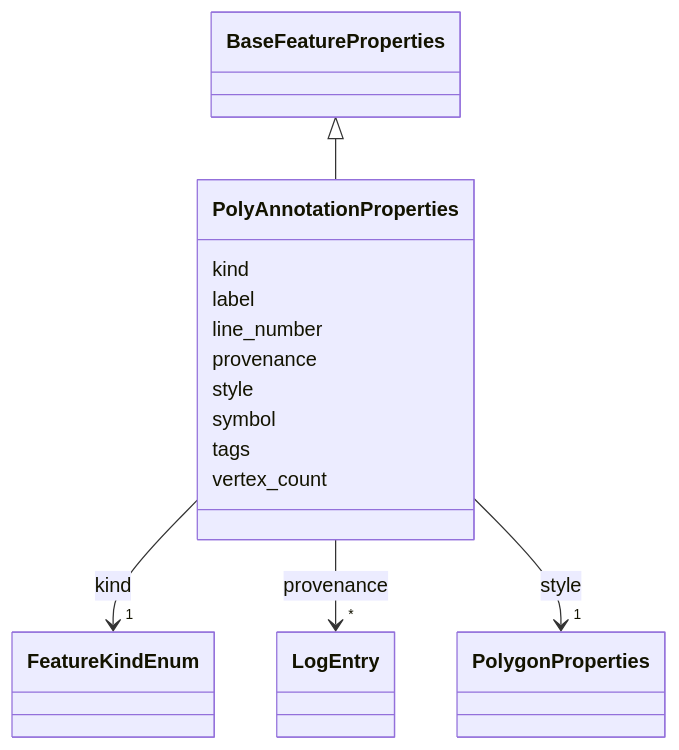
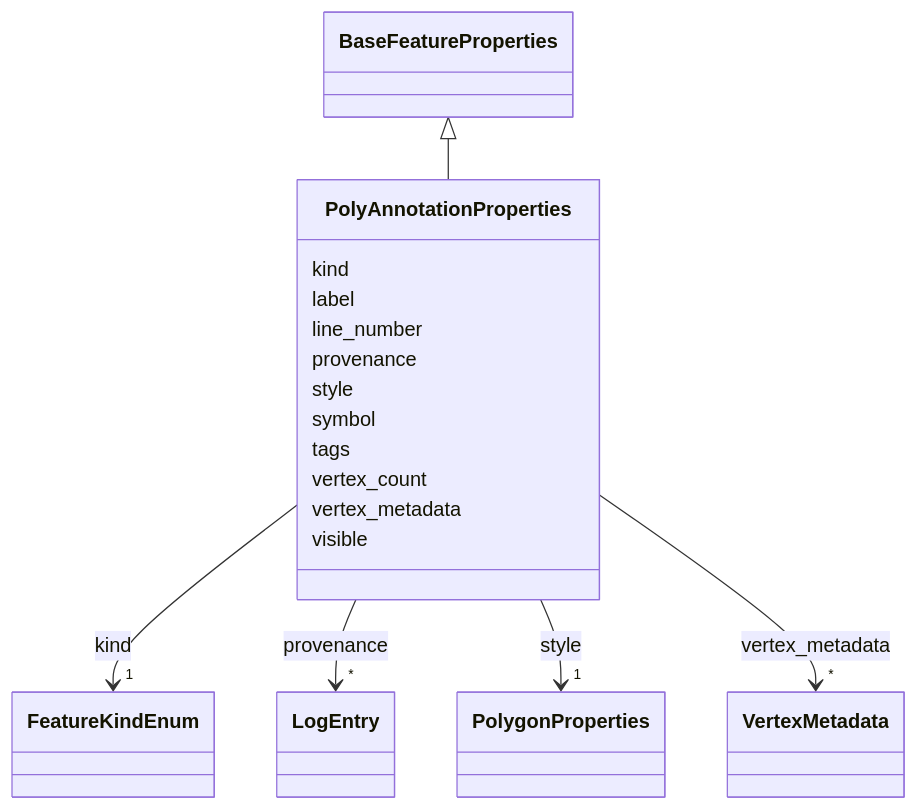
The diagram in schema-docs-md/classes/PolyAnnotationProperties.md (debrief/debrief-future), drawn with Mermaid before and after one commit. The commit also changed other lines of this file and 238 other files, not shown here.

````diff
--- a/schema-docs-md/classes/PolyAnnotationProperties.md
+++ b/schema-docs-md/classes/PolyAnnotationProperties.md
@@ -19,52 +19,65 @@
 ```mermaid
  classDiagram
     class PolyAnnotationProperties
     click PolyAnnotationProperties href "../../classes/PolyAnnotationProperties/"
       BaseFeatureProperties <|-- PolyAnnotationProperties
         click BaseFeatureProperties href "../../classes/BaseFeatureProperties/"
       
       PolyAnnotationProperties : kind
         
           
     
         
         
         PolyAnnotationProperties --> "1" FeatureKindEnum : kind
         click FeatureKindEnum href "../../enums/FeatureKindEnum/"
     
 
         
       PolyAnnotationProperties : label
         
       PolyAnnotationProperties : line_number
         
       PolyAnnotationProperties : provenance
         
           
     
         
         
         PolyAnnotationProperties --> "*" LogEntry : provenance
         click LogEntry href "../../classes/LogEntry/"
     
 
         
       PolyAnnotationProperties : style
         
           
     
         
         
         PolyAnnotationProperties --> "1" PolygonProperties : style
         click PolygonProperties href "../../classes/PolygonProperties/"
     
 
         
       PolyAnnotationProperties : symbol
         
       PolyAnnotationProperties : tags
         
       PolyAnnotationProperties : vertex_count
         
+      PolyAnnotationProperties : vertex_metadata
+        
+          
+    
+        
+        
+        PolyAnnotationProperties --> "*" VertexMetadata : vertex_metadata
+        click VertexMetadata href "../../classes/VertexMetadata/"
+    
+
+        
+      PolyAnnotationProperties : visible
+        
       
 ```
````
